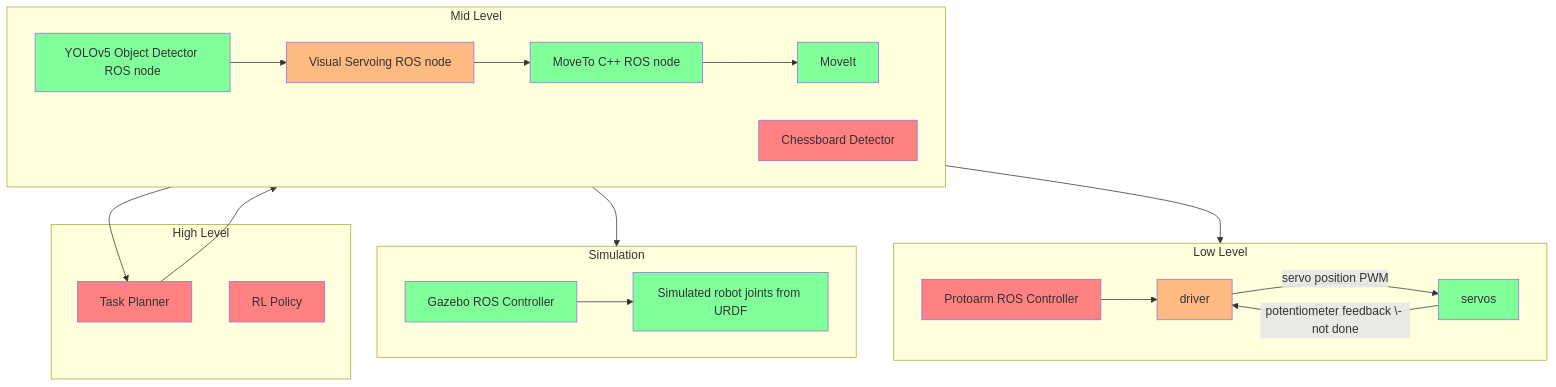
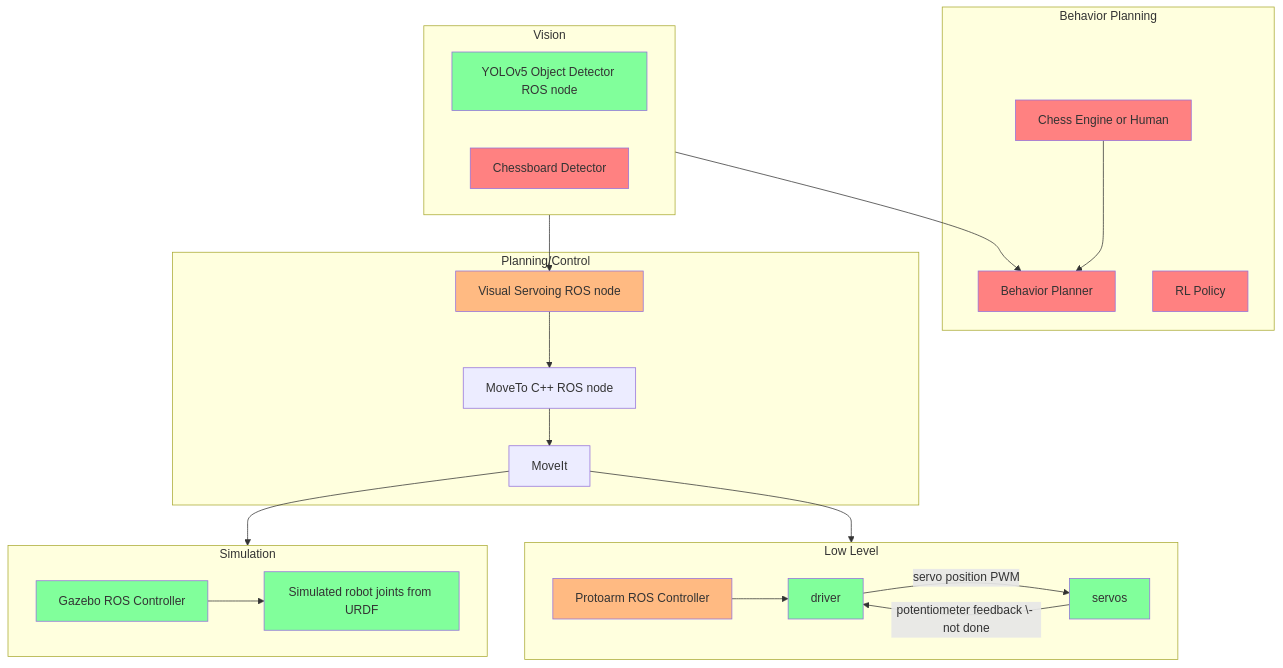
Before and after one commit to revanthsenthil/wiki: the first of 4 diagrams in wiki/robot-arm/software.md, drawn with Mermaid. The commit also changed other lines of this file, not shown here.

Commit message:
added resources and redid diagram

````diff
--- a/wiki/robot-arm/software.md
+++ b/wiki/robot-arm/software.md
@@ -14,34 +25,73 @@
 ```mermaid
 graph
+  subgraph Behavior Planning 
+    BP1[Behavior Planner]
+    BP2[Chess Engine or Human]
+    BP3[RL Policy]
+  end
   subgraph Low Level
     direction LR
-    a1[driver] -- servo position PWM --> a2[servos] 
-    a2 -- potentiometer feedback \- not done --> a1
-    a3[Protoarm ROS Controller]  --> a1[driver] 
+    LL1[Protoarm ROS Controller]
+    LL2[driver]
+    LL3[servos] 
   end
   subgraph Simulation
     direction LR
-    b1[Gazebo ROS Controller] --> b2[Simulated robot joints from URDF] 
+    S1[Gazebo ROS Controller]
+    S2[Simulated robot joints from URDF] 
   end
-  subgraph Mid Level 
+  subgraph Vision 
     direction LR
-    c1[MoveIt] --> a3 
-    c2[MoveTo C++ ROS node] --> c1 
-    c3[Visual Servoing ROS node] --> c2 
-    c4[YOLOv5 Object Detector ROS node] --> c3 
-    c5[Chessboard Detector] 
+    V1[YOLOv5 Object Detector ROS node]
+    V2[Chessboard Detector] 
   end
-  subgraph High Level 
-    d1[Task Planner]-->c3
-    d2[RL Policy]
+  subgraph Planning/Control
+    PC1[Visual Servoing ROS node] 
+    PC2[MoveTo C++ ROS node]
+    PC3[MoveIt] 
   end
-  c1 --> b1 
-  c5 --> d1
-  click c1 "https://moveit.ros.org/assets/images/diagrams/moveit_pipeline.png" "Open this in a new tab" _blank
+
+  %% Low level
+  LL2 -- servo position PWM --> LL3
+  LL3 -- potentiometer feedback \- not done --> LL2
+  LL1 --> LL2
+
+  %% Behavior Planning
+  BP2 --> BP1 
+
+  %% Vision 
+  V2 --> BP1 
+  V1 --> PC1
+
+  %% Simulation 
+  S1 --> S2
+  
+  %% Planning/Control 
+  PC1 --> PC2
+  PC2 --> PC3
+  PC3 --> S1
+  PC3 --> LL1
+
+  %% Links
+  click LL1 href "http://wiki.purduearc.com/wiki/robot-arm/software#controller" "Sensors"
+  click LL2 href "http://wiki.purduearc.com/wiki/robot-arm/software#driver" "Sensors"
+
+  click PC1 href "http://wiki.purduearc.com/wiki/robot-arm/software#visual-servoing" "Sensors"
+  click PC2 href "http://wiki.purduearc.com/wiki/robot-arm/software#kinematics-and-planning" "Sensors"
+  click PC3 "https://moveit.ros.org/assets/images/diagrams/moveit_pipeline.png" "Open this in a new tab" _blank
+
+  click BP1 href "http://wiki.purduearc.com/wiki/robot-arm/software#behavior-planner" "Sensors"
+
+  click S1 href "http://wiki.purduearc.com/wiki/robot-arm/software#simulation" "Sensors"
+  click S2 href "http://wiki.purduearc.com/wiki/robot-arm/software#simulation" "Sensors"
+
+  click V1 href "http://wiki.purduearc.com/wiki/robot-arm/software#chess-piece-detection" "Sensors"
+  click V2 href "http://wiki.purduearc.com/wiki/robot-arm/software#chessboard-detection" "Sensors"
+
   classDef not_started fill:#ff8181
   classDef in_progress fill:#ffba82
   classDef done fill:#81ff9b
-  class c5,d1,d2,a3 not_started
-  class c3,a1 in_progress
-  class c1,c4,c2,c1,a2,b2,b1 done
+  class BP1,BP2,BP3,V2 not_started
+  class PC1,LL1 in_progress
+  class S1,S2,LL2,LL3,V1 done
 ```
````
